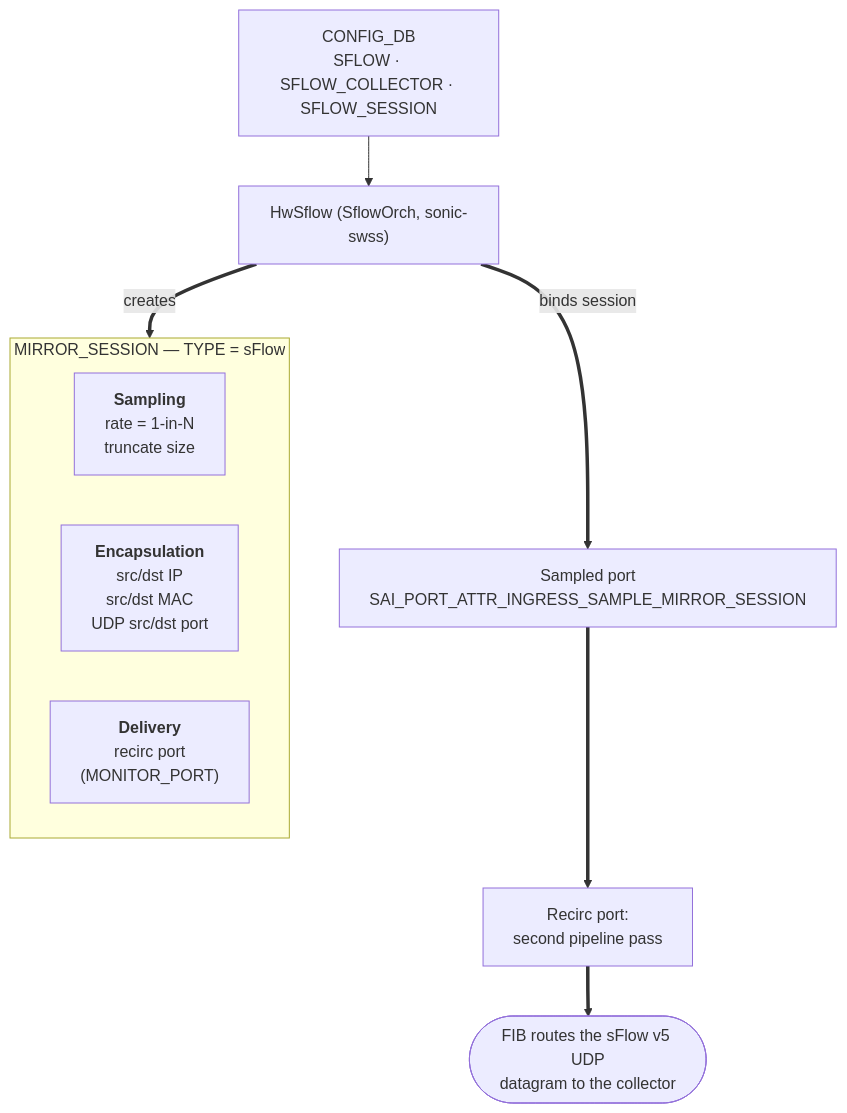
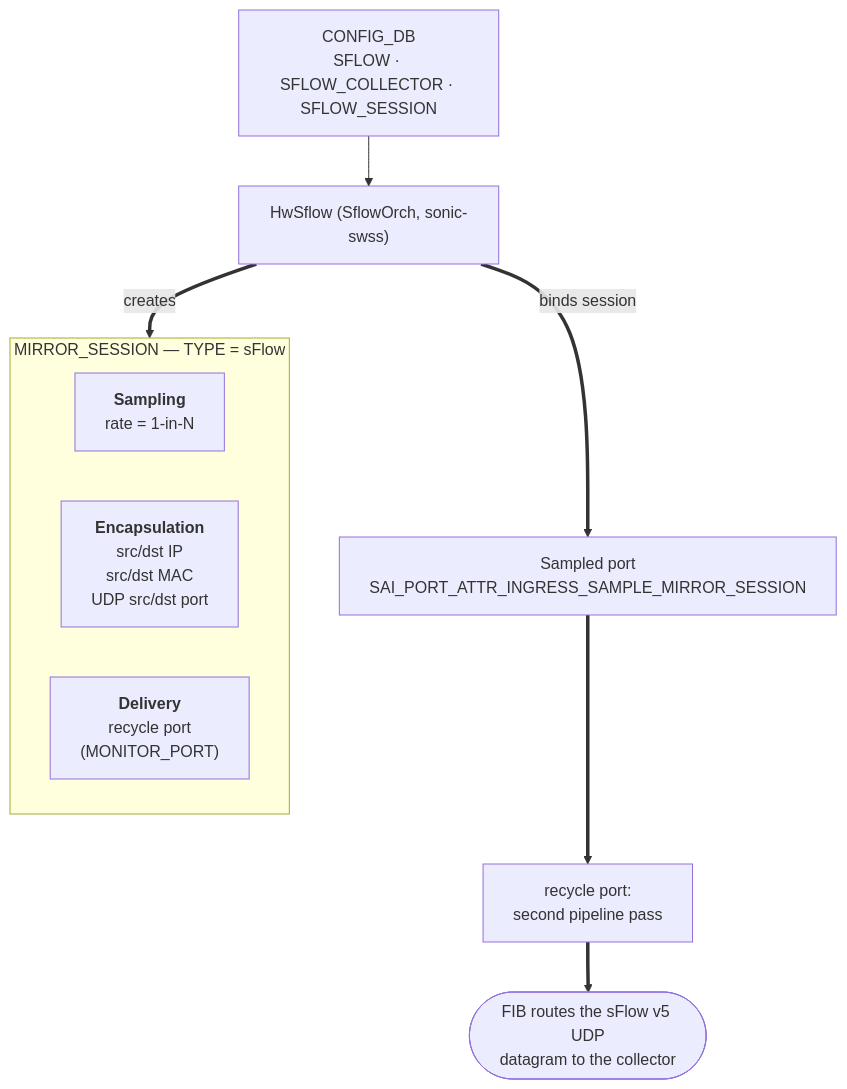
One commit to sonic-net/SONiC changed the diagram in doc/sflow/hw_sflow_hld.md. Above: the diagram before and after it, drawn with Mermaid. The commit also changed other lines of this file, not shown here.

````diff
--- a/doc/sflow/hw_sflow_hld.md
+++ b/doc/sflow/hw_sflow_hld.md
@@ -105,14 +111,14 @@
 ```mermaid
 flowchart TB
     CFG["CONFIG_DB<br/>SFLOW · SFLOW_COLLECTOR · SFLOW_SESSION"] --> ORCH
     ORCH["HwSflow (SflowOrch, sonic-swss)"] ==>|creates| MS
     subgraph MS["MIRROR_SESSION — TYPE = sFlow"]
         direction LR
-        SMP["<b>Sampling</b><br/>rate = 1-in-N<br/>truncate size"]
+        SMP["<b>Sampling</b><br/>rate = 1-in-N"]
         ENC["<b>Encapsulation</b><br/>src/dst IP<br/>src/dst MAC<br/>UDP src/dst port"]
-        DLV["<b>Delivery</b><br/>recirc port<br/>(MONITOR_PORT)"]
+        DLV["<b>Delivery</b><br/>recycle port<br/>(MONITOR_PORT)"]
     end
     ORCH ==>|"binds session"| PORT["Sampled port<br/>SAI_PORT_ATTR_INGRESS_SAMPLE_MIRROR_SESSION"]
-    PORT ==> RECIRC["Recirc port:<br/>second pipeline pass"]
-    RECIRC ==> FIB(["FIB routes the sFlow v5 UDP<br/>datagram to the collector"])
+    PORT ==> recycle["recycle port:<br/>second pipeline pass"]
+    recycle ==> FIB(["FIB routes the sFlow v5 UDP<br/>datagram to the collector"])
 ```
````
